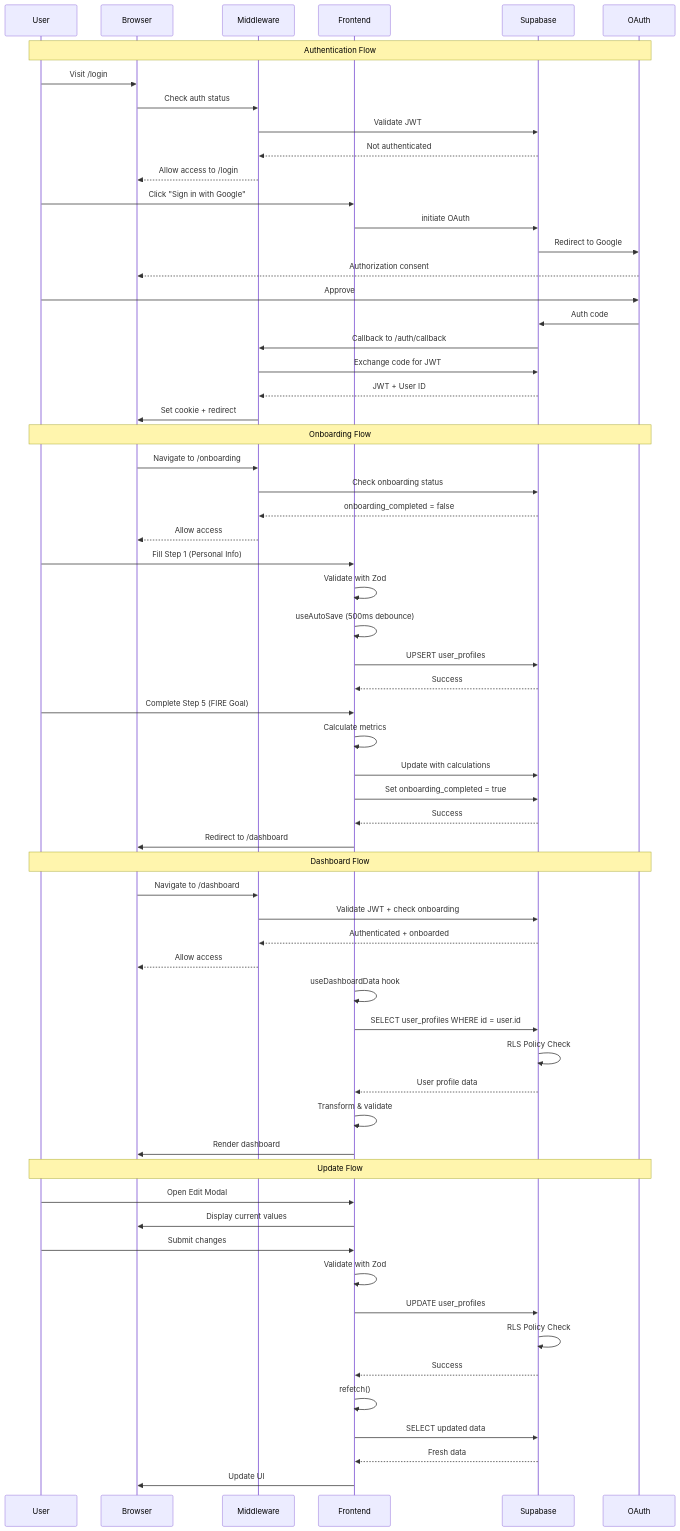
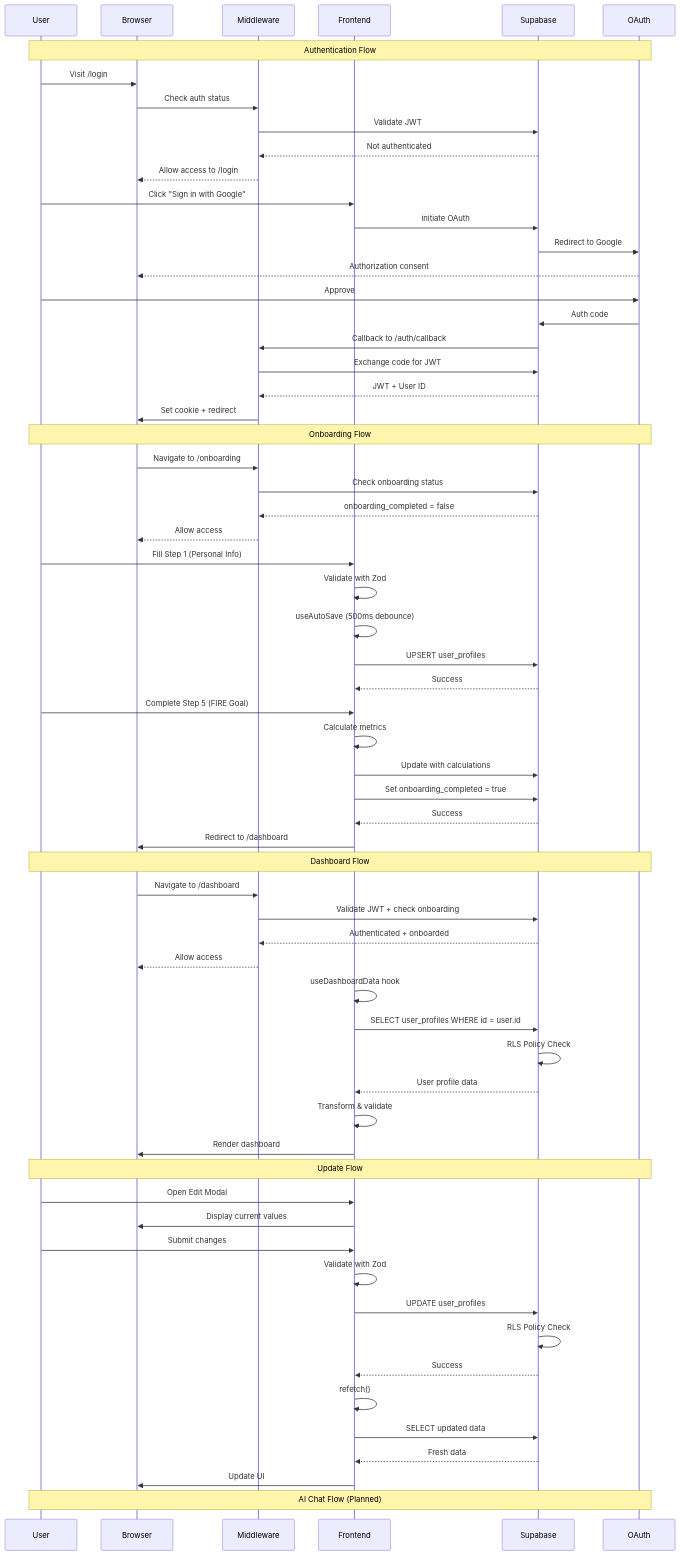
The third of 11 diagrams in docs/system-architecture-diagram.md (sjtinkerer-stack/firecfo-mvp), drawn with Mermaid before and after one commit. The commit also changed other lines of this file, not shown here.

First line of the commit message:
Update architecture diagram to include AI Chat feature (v2.0)

````diff
--- a/docs/system-architecture-diagram.md
+++ b/docs/system-architecture-diagram.md
@@ -137,72 +153,74 @@
 ```mermaid
 sequenceDiagram
     participant User
     participant Browser
     participant Middleware
     participant Frontend
     participant Supabase
     participant OAuth
 
     Note over User,OAuth: Authentication Flow
     User->>Browser: Visit /login
     Browser->>Middleware: Check auth status
     Middleware->>Supabase: Validate JWT
     Supabase-->>Middleware: Not authenticated
     Middleware-->>Browser: Allow access to /login
 
     User->>Frontend: Click "Sign in with Google"
     Frontend->>Supabase: initiate OAuth
     Supabase->>OAuth: Redirect to Google
     OAuth-->>Browser: Authorization consent
     User->>OAuth: Approve
     OAuth->>Supabase: Auth code
     Supabase->>Middleware: Callback to /auth/callback
     Middleware->>Supabase: Exchange code for JWT
     Supabase-->>Middleware: JWT + User ID
     Middleware->>Browser: Set cookie + redirect
 
     Note over User,OAuth: Onboarding Flow
     Browser->>Middleware: Navigate to /onboarding
     Middleware->>Supabase: Check onboarding status
     Supabase-->>Middleware: onboarding_completed = false
     Middleware-->>Browser: Allow access
 
     User->>Frontend: Fill Step 1 (Personal Info)
     Frontend->>Frontend: Validate with Zod
     Frontend->>Frontend: useAutoSave (500ms debounce)
     Frontend->>Supabase: UPSERT user_profiles
     Supabase-->>Frontend: Success
 
     User->>Frontend: Complete Step 5 (FIRE Goal)
     Frontend->>Frontend: Calculate metrics
     Frontend->>Supabase: Update with calculations
     Frontend->>Supabase: Set onboarding_completed = true
     Supabase-->>Frontend: Success
     Frontend->>Browser: Redirect to /dashboard
 
     Note over User,OAuth: Dashboard Flow
     Browser->>Middleware: Navigate to /dashboard
     Middleware->>Supabase: Validate JWT + check onboarding
     Supabase-->>Middleware: Authenticated + onboarded
     Middleware-->>Browser: Allow access
 
     Frontend->>Frontend: useDashboardData hook
     Frontend->>Supabase: SELECT user_profiles WHERE id = user.id
     Supabase->>Supabase: RLS Policy Check
     Supabase-->>Frontend: User profile data
     Frontend->>Frontend: Transform & validate
     Frontend->>Browser: Render dashboard
 
     Note over User,OAuth: Update Flow
     User->>Frontend: Open Edit Modal
     Frontend->>Browser: Display current values
     User->>Frontend: Submit changes
     Frontend->>Frontend: Validate with Zod
     Frontend->>Supabase: UPDATE user_profiles
     Supabase->>Supabase: RLS Policy Check
     Supabase-->>Frontend: Success
     Frontend->>Frontend: refetch()
     Frontend->>Supabase: SELECT updated data
     Supabase-->>Frontend: Fresh data
     Frontend->>Browser: Update UI
+
+    Note over User,OAuth: AI Chat Flow (Planned)
 ```
````
